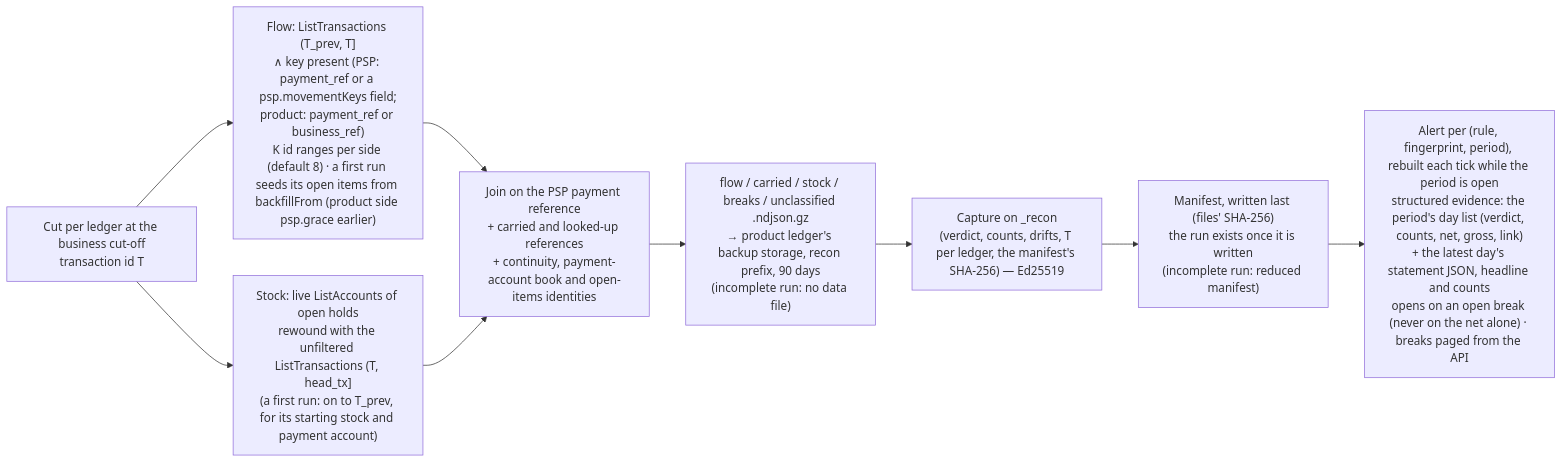
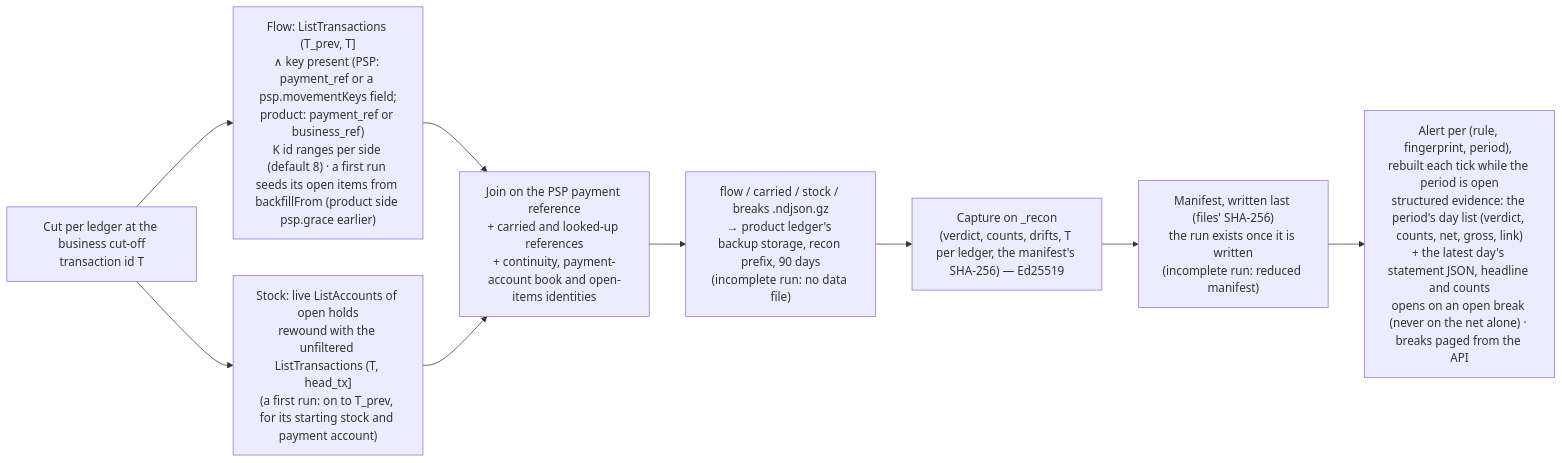
The ninth of 9 diagrams in docs/technical/workflows.md (formancehq/reconciliation), drawn with Mermaid before and after one commit. The commit also changed 45 other files, not shown here.

First line of the commit message:
docs(recon): fix the age buckets and drop the unclassified file after the options review

````diff
--- a/docs/technical/workflows.md
+++ b/docs/technical/workflows.md
@@ -326,11 +326,11 @@
 ```mermaid
 flowchart LR
     Cut["Cut per ledger at the business cut-off<br/>transaction id T"] --> Flow["Flow: ListTransactions (T_prev, T]<br/>∧ key present (PSP: payment_ref or a psp.movementKeys field;<br/>product: payment_ref or business_ref)<br/>K id ranges per side (default 8) · a first run seeds its open items from backfillFrom (product side psp.grace earlier)"]
     Cut --> Stock["Stock: live ListAccounts of open holds<br/>rewound with the unfiltered ListTransactions (T, head_tx]<br/>(a first run: on to T_prev, for its starting stock and payment account)"]
     Flow --> Join["Join on the PSP payment reference<br/>+ carried and looked-up references<br/>+ continuity, payment-account book and open-items identities"]
     Stock --> Join
-    Join --> Art["flow / carried / stock / breaks / unclassified .ndjson.gz<br/>→ product ledger's backup storage, recon prefix, 90 days<br/>(incomplete run: no data file)"]
+    Join --> Art["flow / carried / stock / breaks .ndjson.gz<br/>→ product ledger's backup storage, recon prefix, 90 days<br/>(incomplete run: no data file)"]
     Art --> Cap["Capture on _recon<br/>(verdict, counts, drifts, T per ledger, the manifest's SHA-256) — Ed25519"]
     Cap --> Man["Manifest, written last (files' SHA-256)<br/>the run exists once it is written<br/>(incomplete run: reduced manifest)"]
     Man --> Alert["Alert per (rule, fingerprint, period), rebuilt each tick while the period is open<br/>structured evidence: the period's day list (verdict, counts, net, gross, link)<br/>+ the latest day's statement JSON, headline and counts<br/>opens on an open break (never on the net alone) · breaks paged from the API"]
 ```
````
